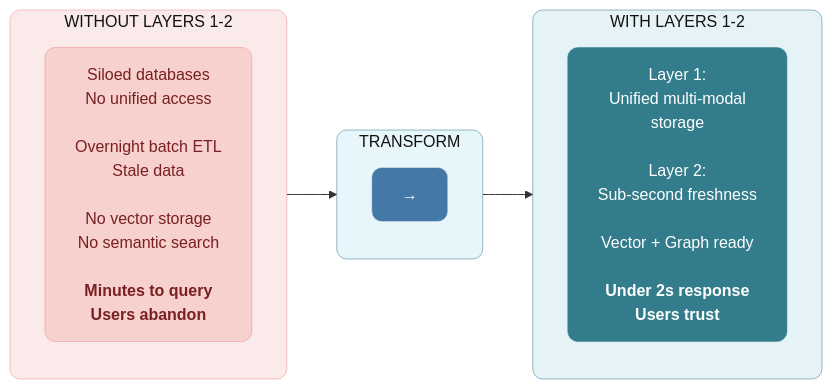
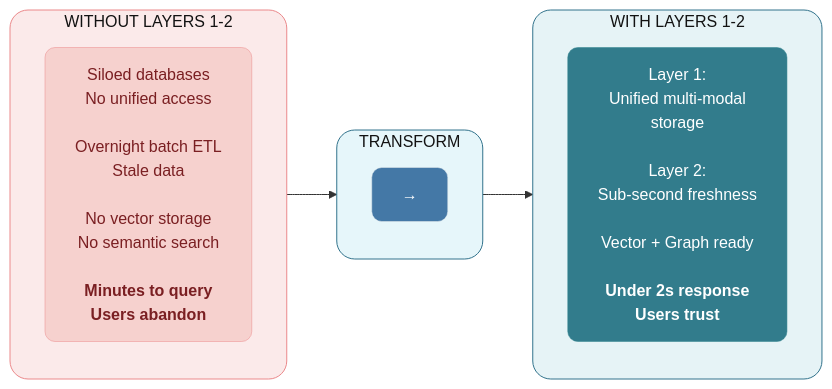
The first of 11 diagrams in manuscript/05_chapter_4_foundation_layers.md (saitejesh-cyber/trust-before-intelligence-book), drawn with Mermaid before and after one commit. The commit also changed other lines of this file and 12 other files, not shown here.

````diff
--- a/manuscript/05_chapter_4_foundation_layers.md
+++ b/manuscript/05_chapter_4_foundation_layers.md
@@ -8,29 +8,29 @@
 ```mermaid
 
 graph LR
     subgraph WITHOUT["WITHOUT LAYERS 1-2"]
         direction TB
         W1["Siloed databases<br/>No unified access<br/><br/>Overnight batch ETL<br/>Stale data<br/><br/>No vector storage<br/>No semantic search<br/><br/><b>Minutes to query<br/>Users abandon</b>"]
     end
     
     subgraph TRANSFORM["TRANSFORM"]
         direction TB
         T1["→"]
     end
     
     subgraph WITH["WITH LAYERS 1-2"]
         direction TB
         L1["Layer 1:<br/>Unified multi-modal<br/>storage<br/><br/>Layer 2:<br/>Sub-second freshness<br/><br/>Vector + Graph ready<br/><br/><b>Under 2s response<br/>Users trust</b>"]
     end
     
     WITHOUT --> TRANSFORM --> WITH
     
-    style WITHOUT fill:#FBEAEA,stroke:#EB898B,stroke-width:0.5px,color:#121212,rx:10,ry:10
+    style WITHOUT fill:#FBEAEA,stroke:#EB898B,stroke-width:1px,color:#121212,rx:18,ry:18
     style W1 fill:#F6D1CE,stroke:#EB898B,stroke-width:0.5px,color:#7A1F22,rx:10,ry:10
-    style TRANSFORM fill:#E6F6FA,stroke:#32738C,stroke-width:0.5px,color:#121212,rx:10,ry:10
+    style TRANSFORM fill:#E6F6FA,stroke:#32738C,stroke-width:1px,color:#121212,rx:18,ry:18
     style T1 fill:#4478A6,stroke:#e4ebed,stroke-width:0.5px,color:#FFFFFF,rx:10,ry:10
-    style WITH fill:#E6F3F6,stroke:#32738C,stroke-width:0.5px,color:#121212,rx:10,ry:10
+    style WITH fill:#E6F3F6,stroke:#32738C,stroke-width:1px,color:#121212,rx:18,ry:18
     style L1 fill:#327C8C,stroke:#30838C,stroke-width:0.5px,color:#ffffff,rx:10,ry:10
 
 
 ```
````
